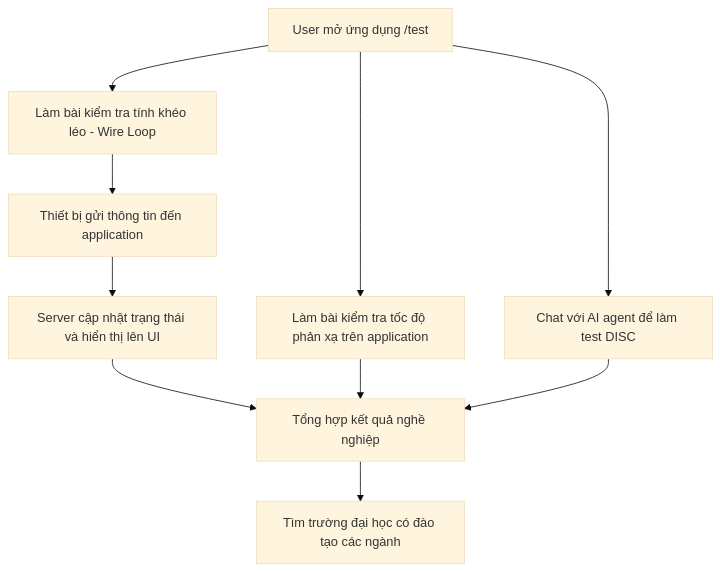
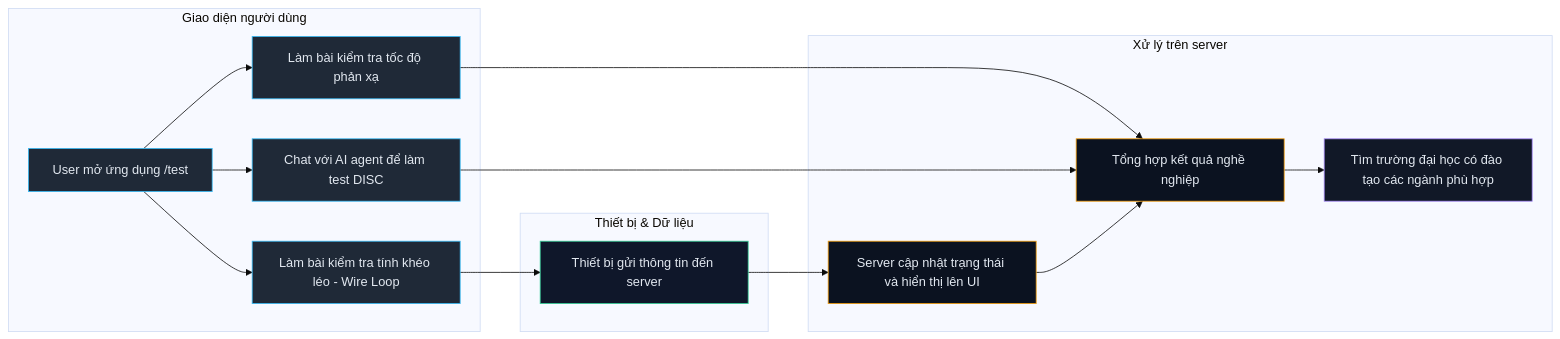
Before and after one commit to juStD-34/HHA_STEAM: the diagram in README.md, drawn with Mermaid (base theme). The commit also changed other lines of this file, not shown here.

````diff
--- a/README.md
+++ b/README.md
@@ -19,12 +25,30 @@
 ```mermaid
-flowchart TD
-    A[User mở ứng dụng /test] --> B[Làm bài kiểm tra tính khéo léo - Wire Loop]
-    B --> C[Thiết bị gửi thông tin đến application]
-    C --> D[Server cập nhật trạng thái và hiển thị lên UI]
-    A --> E[Làm bài kiểm tra tốc độ phản xạ trên application]
-    A --> F[Chat với AI agent để làm test DISC]
-    D --> G[Tổng hợp kết quả nghề nghiệp]
-    E --> G
-    F --> G
-    G --> H[Tìm trường đại học có đào tạo các ngành]
+flowchart LR
+    classDef action fill:#1f2937,stroke:#38bdf8,stroke-width:1px,color:#e2e8f0
+    classDef device fill:#0f172a,stroke:#34d399,stroke-width:1px,color:#e2e8f0
+    classDef server fill:#0b1220,stroke:#f59e0b,stroke-width:1px,color:#e2e8f0
+    classDef output fill:#111827,stroke:#a78bfa,stroke-width:1px,color:#e2e8f0
+
+    subgraph UI["Giao diện người dùng"]
+        A[User mở ứng dụng /test]:::action
+        B[Làm bài kiểm tra tính khéo léo - Wire Loop]:::action
+        E[Làm bài kiểm tra tốc độ phản xạ]:::action
+        F[Chat với AI agent để làm test DISC]:::action
+    end
+
+    subgraph Device["Thiết bị & Dữ liệu"]
+        C[Thiết bị gửi thông tin đến server]:::device
+    end
+
+    subgraph Server["Xử lý trên server"]
+        D[Server cập nhật trạng thái và hiển thị lên UI]:::server
+        G[Tổng hợp kết quả nghề nghiệp]:::server
+        H[Tìm trường đại học có đào tạo các ngành phù hợp]:::output
+    end
+
+    A --> B
+    B --> C --> D
+    A --> E --> G
+    A --> F --> G
+    D --> G --> H
 ```
````
